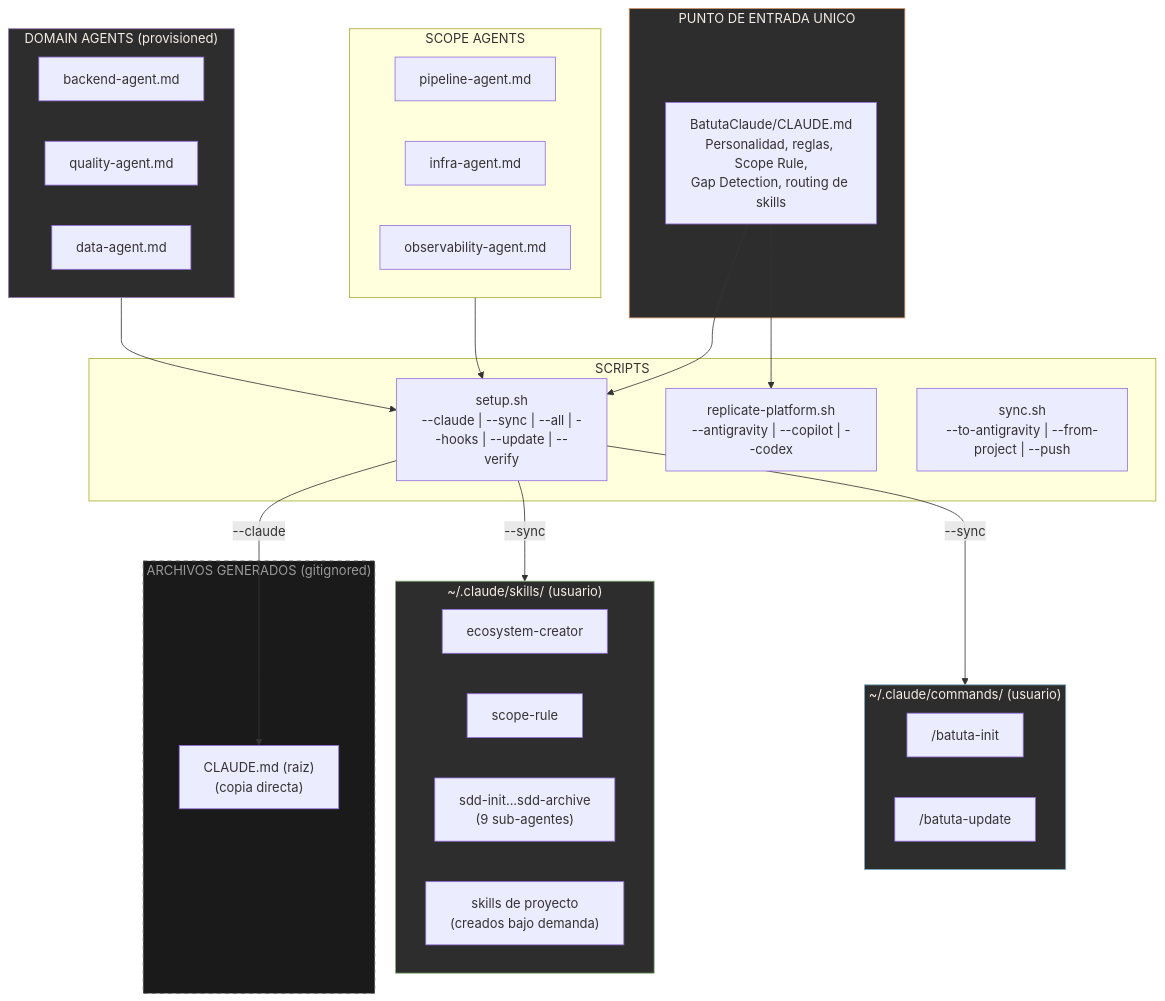
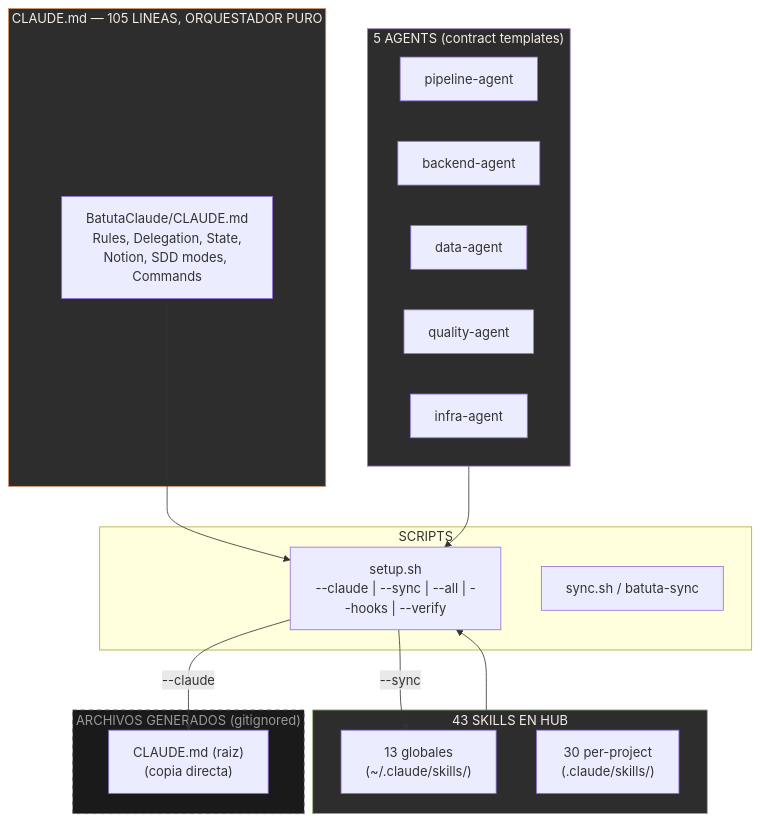
Before and after one commit to jota-batuta/batuta-dots: the first of 14 diagrams in docs/architecture/arquitectura-diagrama.md, drawn with Mermaid. The commit also changed other lines of this file and 120 other files, not shown here.

````diff
--- a/docs/architecture/arquitectura-diagrama.md
+++ b/docs/architecture/arquitectura-diagrama.md
@@ -5,54 +5,39 @@
 ```mermaid
 flowchart TB
-    subgraph FUENTE["PUNTO DE ENTRADA UNICO"]
-        CLAUDE_SRC["BatutaClaude/CLAUDE.md<br/>Personalidad, reglas, Scope Rule,<br/>Gap Detection, routing de skills"]
+    subgraph FUENTE["CLAUDE.md — 105 LINEAS, ORQUESTADOR PURO"]
+        CLAUDE_SRC["BatutaClaude/CLAUDE.md<br/>Rules, Delegation, State,<br/>Notion, SDD modes, Commands"]
     end
 
-    subgraph AGENTS_SRC["SCOPE AGENTS"]
-        AG_PIPELINE["pipeline-agent.md"]
-        AG_INFRA["infra-agent.md"]
-        AG_OBS["observability-agent.md"]
+    subgraph AGENTS_SRC["5 AGENTS (contract templates)"]
+        AG_PIPELINE["pipeline-agent"]
+        AG_BACKEND["backend-agent"]
+        AG_DATA["data-agent"]
+        AG_QUALITY["quality-agent"]
+        AG_INFRA["infra-agent"]
     end
 
-    subgraph DOMAIN_SRC["DOMAIN AGENTS (provisioned)"]
-        AG_BACKEND["backend-agent.md"]
-        AG_QUALITY["quality-agent.md"]
-        AG_DATA["data-agent.md"]
+    subgraph SKILLS_SRC["43 SKILLS EN HUB"]
+        SK_GLOBAL["13 globales<br/>(~/.claude/skills/)"]
+        SK_PROJECT["30 per-project<br/>(.claude/skills/)"]
     end
 
     subgraph SETUP["SCRIPTS"]
-        SETUP_SH["setup.sh<br/>--claude | --sync | --all | --hooks | --update | --verify"]
-        REPLICATE["replicate-platform.sh<br/>--antigravity | --copilot | --codex"]
-        SYNC_BI["sync.sh<br/>--to-antigravity | --from-project | --push"]
+        SETUP_SH["setup.sh<br/>--claude | --sync | --all | --hooks | --verify"]
+        SYNC_BI["sync.sh / batuta-sync"]
     end
 
     subgraph GENERADO["ARCHIVOS GENERADOS (gitignored)"]
         CLAUDE_GEN["CLAUDE.md (raiz)<br/>(copia directa)"]
     end
 
-    subgraph SKILLS_LOCAL["~/.claude/skills/ (usuario)"]
-        SK_ECO["ecosystem-creator"]
-        SK_SCOPE["scope-rule"]
-        SK_SDD["sdd-init...sdd-archive<br/>(9 sub-agentes)"]
-        SK_PROJECT["skills de proyecto<br/>(creados bajo demanda)"]
-    end
-
-    subgraph COMMANDS_LOCAL["~/.claude/commands/ (usuario)"]
-        CMD_INIT["/batuta-init"]
-        CMD_UPDATE["/batuta-update"]
-    end
-
     CLAUDE_SRC --> SETUP_SH
     AGENTS_SRC --> SETUP_SH
-    DOMAIN_SRC --> SETUP_SH
+    SKILLS_SRC --> SETUP_SH
     SETUP_SH -->|"--claude"| CLAUDE_GEN
-    SETUP_SH -->|"--sync"| SKILLS_LOCAL
-    SETUP_SH -->|"--sync"| COMMANDS_LOCAL
-    CLAUDE_SRC --> REPLICATE
+    SETUP_SH -->|"--sync"| SK_GLOBAL
 
     style FUENTE fill:#2d2d2d,stroke:#D4956A,color:#F5EDE4
     style GENERADO fill:#1a1a1a,stroke:#666,color:#999,stroke-dasharray: 5 5
-    style SKILLS_LOCAL fill:#2d2d2d,stroke:#8BB87A,color:#F5EDE4
-    style COMMANDS_LOCAL fill:#2d2d2d,stroke:#7AAFC4,color:#F5EDE4
-    style DOMAIN_SRC fill:#2d2d2d,stroke:#9B7AB8,color:#F5EDE4
+    style SKILLS_SRC fill:#2d2d2d,stroke:#8BB87A,color:#F5EDE4
+    style AGENTS_SRC fill:#2d2d2d,stroke:#9B7AB8,color:#F5EDE4
 ```
````
